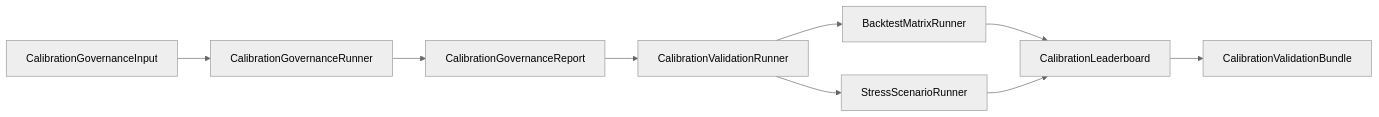
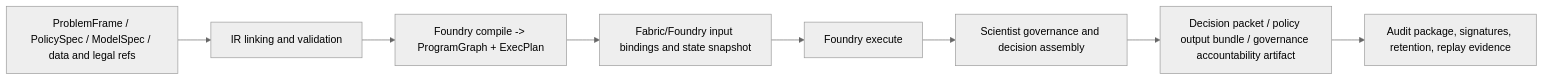
Before and after one commit to DenisKopylov/polisyos: the second of 2 diagrams in policy-engine/docs/explanation/architecture.md, drawn with Mermaid (neutral theme). The commit also changed other lines of this file and 733 other files, not shown here.

````diff
--- a/policy-engine/docs/explanation/architecture.md
+++ b/policy-engine/docs/explanation/architecture.md
@@ -2319,11 +57,10 @@
 ```mermaid
 flowchart LR
-  A["CalibrationGovernanceInput"] --> B["CalibrationGovernanceRunner"]
-  B --> C["CalibrationGovernanceReport"]
-  C --> D["CalibrationValidationRunner"]
-  D --> E["BacktestMatrixRunner"]
-  D --> F["StressScenarioRunner"]
-  E --> G["CalibrationLeaderboard"]
-  F --> G
-  G --> H["CalibrationValidationBundle"]
+    Input["ProblemFrame / PolicySpec / ModelSpec / data and legal refs"] --> Link["IR linking and validation"]
+    Link --> Compile["Foundry compile -> ProgramGraph + ExecPlan"]
+    Compile --> Bind["Fabric/Foundry input bindings and state snapshot"]
+    Bind --> Execute["Foundry execute"]
+    Execute --> Govern["Scientist governance and decision assembly"]
+    Govern --> Publish["Decision packet / policy output bundle / governance accountability artifact"]
+    Publish --> Audit["Audit package, signatures, retention, replay evidence"]
 ```
````
